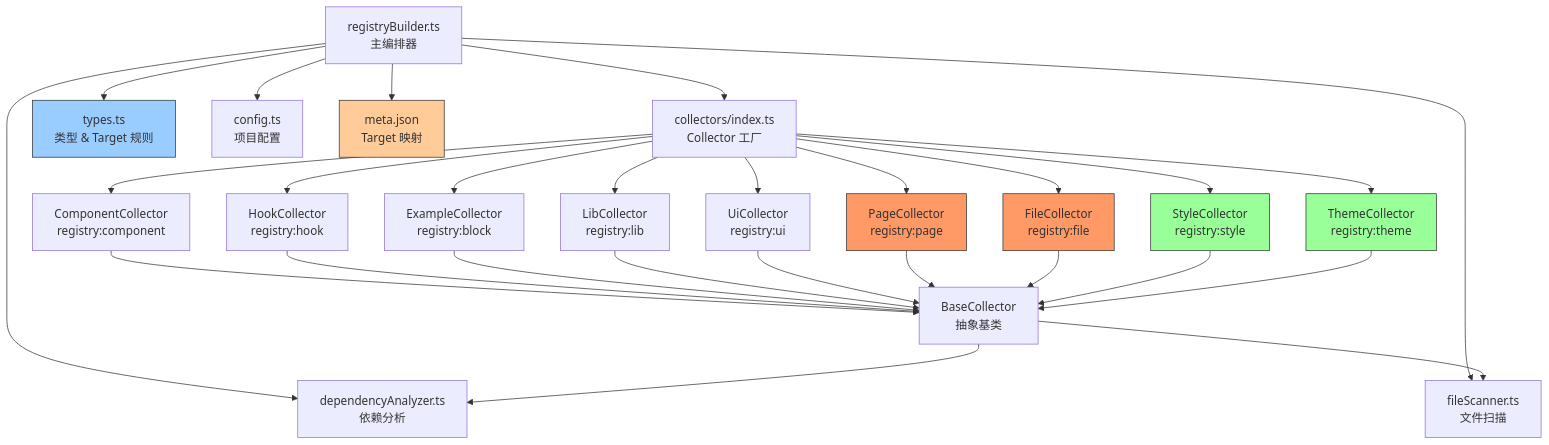
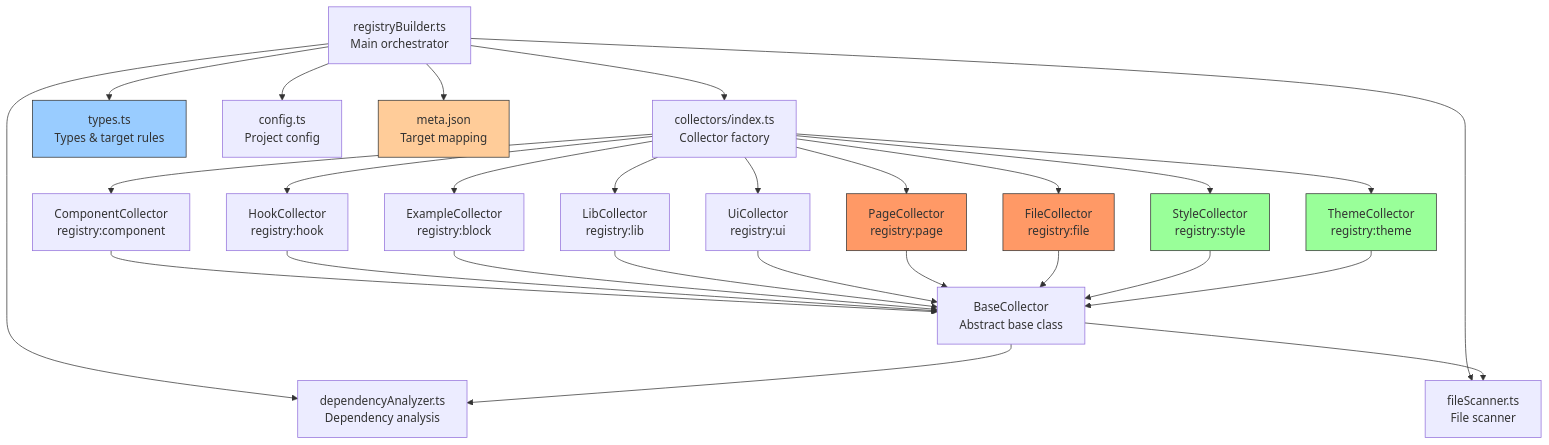
Before and after one commit to aliuq/shadcn-vue-registry: the diagram in packages/registry/ARCHITECTURE.md, drawn with Mermaid. The commit also changed other lines of this file and 1 other file, not shown here.

Commit message:
docs: update README and ARCHITECTURE documentation for clarity and consistency

````diff
--- a/packages/registry/ARCHITECTURE.md
+++ b/packages/registry/ARCHITECTURE.md
@@ -1,39 +1,39 @@
 ```mermaid
 graph TD
-    A[registryBuilder.ts<br/>主编排器] --> B[collectors/index.ts<br/>Collector 工厂]
-    A --> C[types.ts<br/>类型 & Target 规则]
-    A --> D[config.ts<br/>项目配置]
-    A --> E[dependencyAnalyzer.ts<br/>依赖分析]
-    A --> F[fileScanner.ts<br/>文件扫描]
-    A --> META[meta.json<br/>Target 映射]
+    A[registryBuilder.ts<br/>Main orchestrator] --> B[collectors/index.ts<br/>Collector factory]
+    A --> C[types.ts<br/>Types & target rules]
+    A --> D[config.ts<br/>Project config]
+    A --> E[dependencyAnalyzer.ts<br/>Dependency analysis]
+    A --> F[fileScanner.ts<br/>File scanner]
+    A --> META[meta.json<br/>Target mapping]
 
     B --> G[ComponentCollector<br/>registry:component]
     B --> H[HookCollector<br/>registry:hook]
     B --> I[ExampleCollector<br/>registry:block]
     B --> J[LibCollector<br/>registry:lib]
     B --> K[UiCollector<br/>registry:ui]
     B --> L[PageCollector<br/>registry:page]
     B --> M[FileCollector<br/>registry:file]
     B --> S[StyleCollector<br/>registry:style]
     B --> T[ThemeCollector<br/>registry:theme]
 
-    G --> N[BaseCollector<br/>抽象基类]
+    G --> N[BaseCollector<br/>Abstract base class]
     H --> N
     I --> N
     J --> N
     K --> N
     L --> N
     M --> N
     S --> N
     T --> N
 
     N --> E
     N --> F
 
     style L fill:#f96,stroke:#333
     style M fill:#f96,stroke:#333
     style S fill:#9f9,stroke:#333
     style T fill:#9f9,stroke:#333
     style C fill:#9cf,stroke:#333
     style META fill:#fc9,stroke:#333
 ```
````
